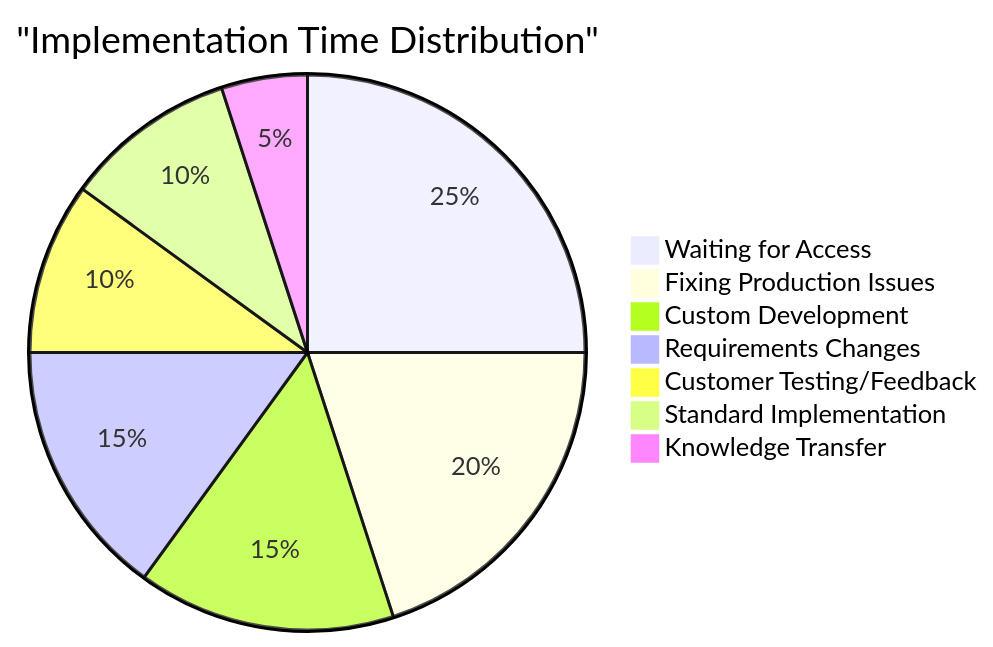
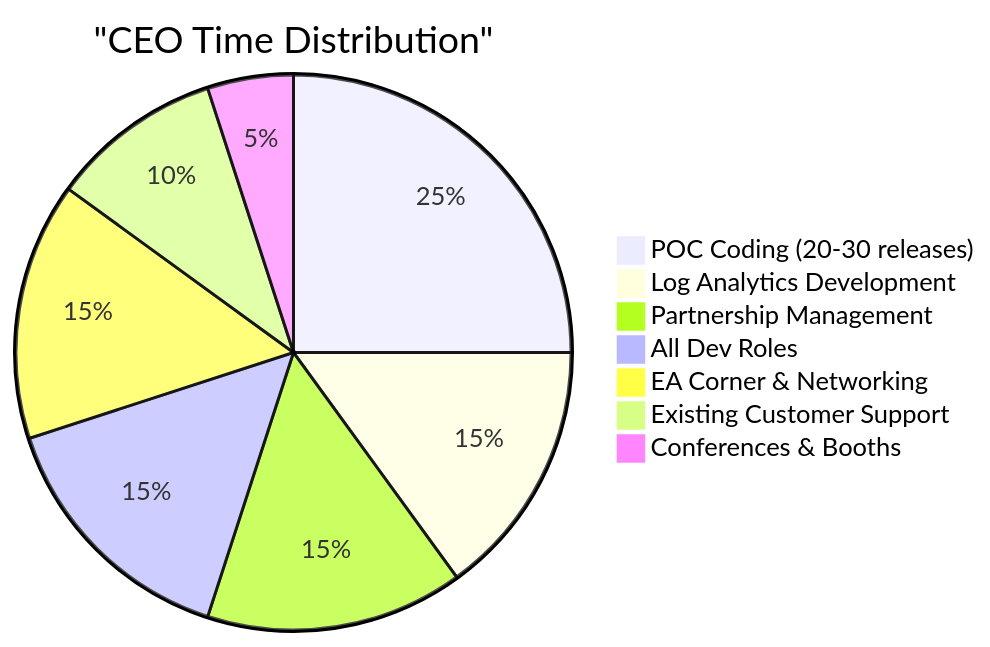
One commit to MortenSlotVinther/OmniTranscripts changed the fourth of 6 diagrams in processes/lead-to-cash/implementation-bottleneck-analysis.md. Above: the diagram before and after it, drawn with Mermaid. The commit also changed other lines of this file, not shown here.

First line of the commit message:
Update lead-to-cash implementation bottleneck analysis

````diff
--- a/processes/lead-to-cash/implementation-bottleneck-analysis.md
+++ b/processes/lead-to-cash/implementation-bottleneck-analysis.md
@@ -165,10 +179,10 @@
 ```mermaid
-pie title "Implementation Time Distribution"
-    "Waiting for Access" : 25
-    "Fixing Production Issues" : 20
-    "Custom Development" : 15
-    "Requirements Changes" : 15
-    "Customer Testing/Feedback" : 10
-    "Standard Implementation" : 10
-    "Knowledge Transfer" : 5
+pie title "CEO Time Distribution"
+    "POC Coding (20-30 releases)" : 25
+    "Log Analytics Development" : 15
+    "Partnership Management" : 15
+    "All Dev Roles" : 15
+    "EA Corner & Networking" : 15
+    "Existing Customer Support" : 10
+    "Conferences & Booths" : 5
 ```
````
